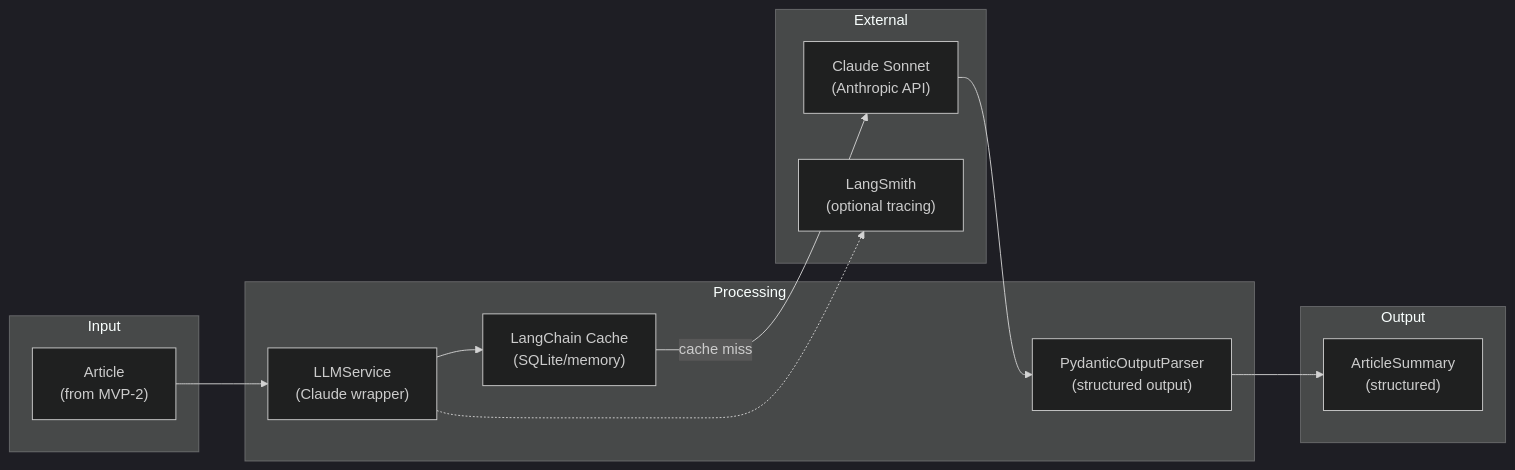
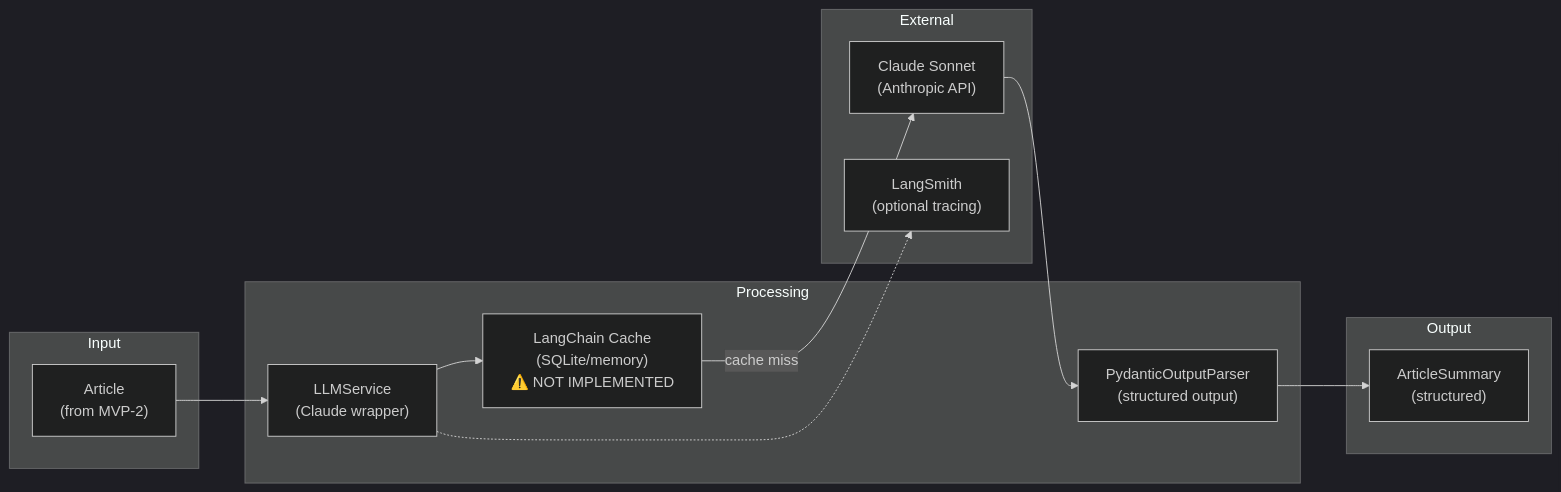
The first of 2 diagrams in docs/design/03-llm-summarization.md (darth-dodo/hn-herald), drawn with Mermaid (dark theme) before and after one commit. The commit also changed other lines of this file and 17 other files, not shown here.

````diff
--- a/docs/design/03-llm-summarization.md
+++ b/docs/design/03-llm-summarization.md
@@ -47,28 +47,28 @@
 ```mermaid
 flowchart LR
     subgraph Input
         Article["Article<br/>(from MVP-2)"]
     end
 
     subgraph Processing
         LLMService["LLMService<br/>(Claude wrapper)"]
         Parser["PydanticOutputParser<br/>(structured output)"]
-        Cache["LangChain Cache<br/>(SQLite/memory)"]
+        Cache["LangChain Cache<br/>(SQLite/memory)<br/>⚠️ NOT IMPLEMENTED"]
     end
 
     subgraph External
         Claude["Claude Sonnet<br/>(Anthropic API)"]
         LangSmith["LangSmith<br/>(optional tracing)"]
     end
 
     subgraph Output
         Summary["ArticleSummary<br/>(structured)"]
     end
 
     Article --> LLMService
     LLMService --> Cache
     Cache -->|cache miss| Claude
     Claude --> Parser
     Parser --> Summary
     LLMService -.-> LangSmith
 ```
````
